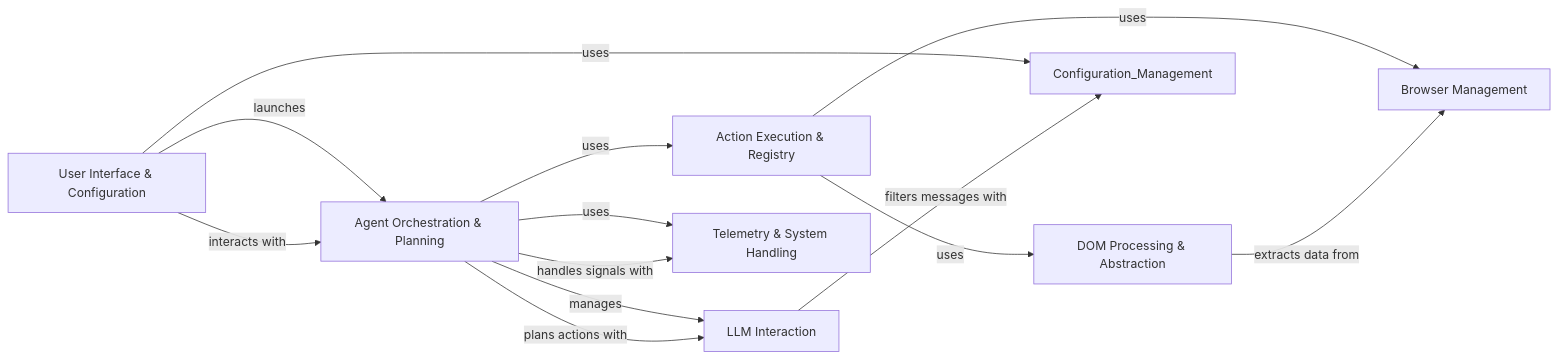
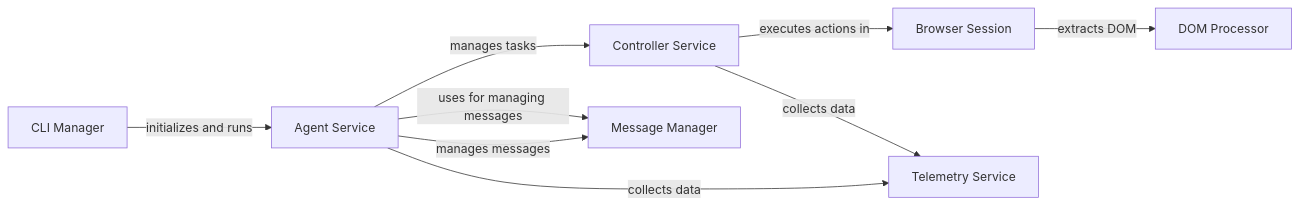
Before and after one commit to CodeBoarding/GeneratedOnBoardings: the diagram in browser-use/on_boarding.md, drawn with Mermaid. The commit also changed other lines of this file and 14 other files, not shown here.

````diff
--- a/browser-use/on_boarding.md
+++ b/browser-use/on_boarding.md
@@ -1,29 +1,25 @@
 ```mermaid
 graph LR
-    User_Interface_Configuration["User Interface & Configuration"]
-    Browser_Management["Browser Management"]
-    DOM_Processing_Abstraction["DOM Processing & Abstraction"]
-    Agent_Orchestration_Planning["Agent Orchestration & Planning"]
-    Action_Execution_Registry["Action Execution & Registry"]
-    LLM_Interaction["LLM Interaction"]
-    Telemetry_System_Handling["Telemetry & System Handling"]
-    User_Interface_Configuration -- "uses" --> Configuration_Management
-    User_Interface_Configuration -- "launches" --> Agent_Orchestration_Planning
-    User_Interface_Configuration -- "interacts with" --> Agent_Orchestration_Planning
-    Agent_Orchestration_Planning -- "manages" --> LLM_Interaction
-    Agent_Orchestration_Planning -- "uses" --> Action_Execution_Registry
-    Action_Execution_Registry -- "uses" --> Browser_Management
-    Action_Execution_Registry -- "uses" --> DOM_Processing_Abstraction
-    DOM_Processing_Abstraction -- "extracts data from" --> Browser_Management
-    Agent_Orchestration_Planning -- "uses" --> Telemetry_System_Handling
-    LLM_Interaction -- "filters messages with" --> Configuration_Management
-    Agent_Orchestration_Planning -- "handles signals with" --> Telemetry_System_Handling
-    Agent_Orchestration_Planning -- "plans actions with" --> LLM_Interaction
-    click User_Interface_Configuration href "https://github.com/CodeBoarding/GeneratedOnBoardings/blob/main/browser-use/User Interface & Configuration.md" "Details"
-    click Browser_Management href "https://github.com/CodeBoarding/GeneratedOnBoardings/blob/main/browser-use/Browser Management.md" "Details"
-    click DOM_Processing_Abstraction href "https://github.com/CodeBoarding/GeneratedOnBoardings/blob/main/browser-use/DOM Processing & Abstraction.md" "Details"
-    click Agent_Orchestration_Planning href "https://github.com/CodeBoarding/GeneratedOnBoardings/blob/main/browser-use/Agent Orchestration & Planning.md" "Details"
-    click Action_Execution_Registry href "https://github.com/CodeBoarding/GeneratedOnBoardings/blob/main/browser-use/Action Execution & Registry.md" "Details"
-    click LLM_Interaction href "https://github.com/CodeBoarding/GeneratedOnBoardings/blob/main/browser-use/LLM Interaction.md" "Details"
-    click Telemetry_System_Handling href "https://github.com/CodeBoarding/GeneratedOnBoardings/blob/main/browser-use/Telemetry & System Handling.md" "Details"
+    CLI_Manager["CLI Manager"]
+    Agent_Service["Agent Service"]
+    Controller_Service["Controller Service"]
+    Browser_Session["Browser Session"]
+    DOM_Processor["DOM Processor"]
+    Message_Manager["Message Manager"]
+    Telemetry_Service["Telemetry Service"]
+    CLI_Manager -- "initializes and runs" --> Agent_Service
+    Agent_Service -- "manages tasks" --> Controller_Service
+    Controller_Service -- "executes actions in" --> Browser_Session
+    Browser_Session -- "extracts DOM" --> DOM_Processor
+    Agent_Service -- "manages messages" --> Message_Manager
+    Agent_Service -- "collects data" --> Telemetry_Service
+    Controller_Service -- "collects data" --> Telemetry_Service
+    Agent_Service -- "uses for managing messages" --> Message_Manager
+    click CLI_Manager href "https://github.com/CodeBoarding/GeneratedOnBoardings/blob/main/browser-use/CLI Manager.md" "Details"
+    click Agent_Service href "https://github.com/CodeBoarding/GeneratedOnBoardings/blob/main/browser-use/Agent Service.md" "Details"
+    click Controller_Service href "https://github.com/CodeBoarding/GeneratedOnBoardings/blob/main/browser-use/Controller Service.md" "Details"
+    click Browser_Session href "https://github.com/CodeBoarding/GeneratedOnBoardings/blob/main/browser-use/Browser Session.md" "Details"
+    click DOM_Processor href "https://github.com/CodeBoarding/GeneratedOnBoardings/blob/main/browser-use/DOM Processor.md" "Details"
+    click Message_Manager href "https://github.com/CodeBoarding/GeneratedOnBoardings/blob/main/browser-use/Message Manager.md" "Details"
+    click Telemetry_Service href "https://github.com/CodeBoarding/GeneratedOnBoardings/blob/main/browser-use/Telemetry Service.md" "Details"
 ```
````
